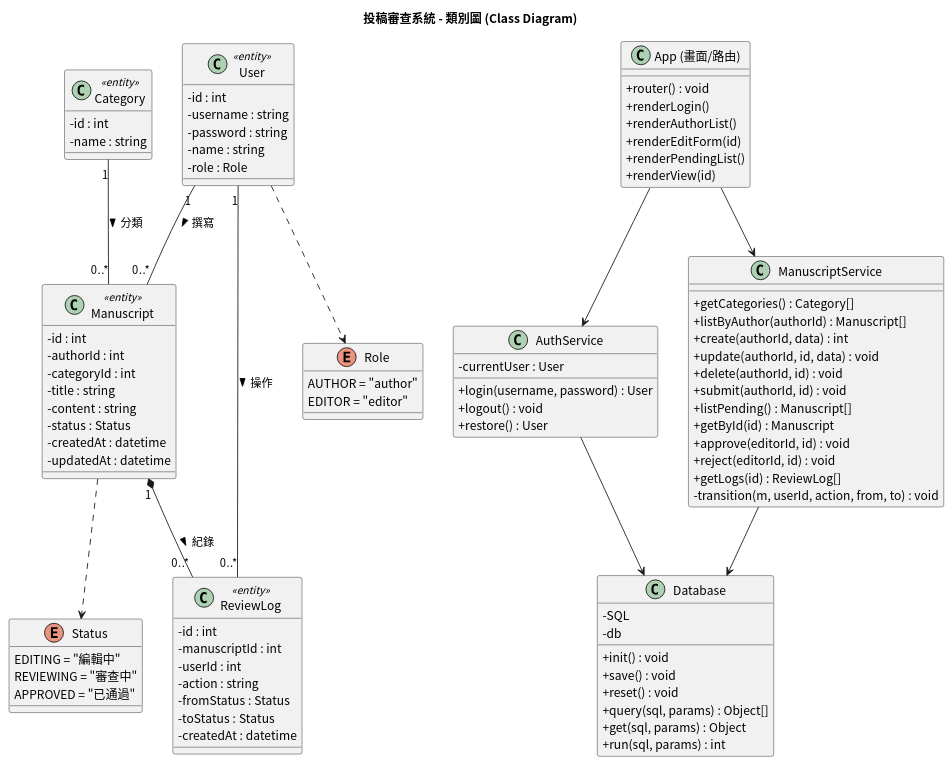
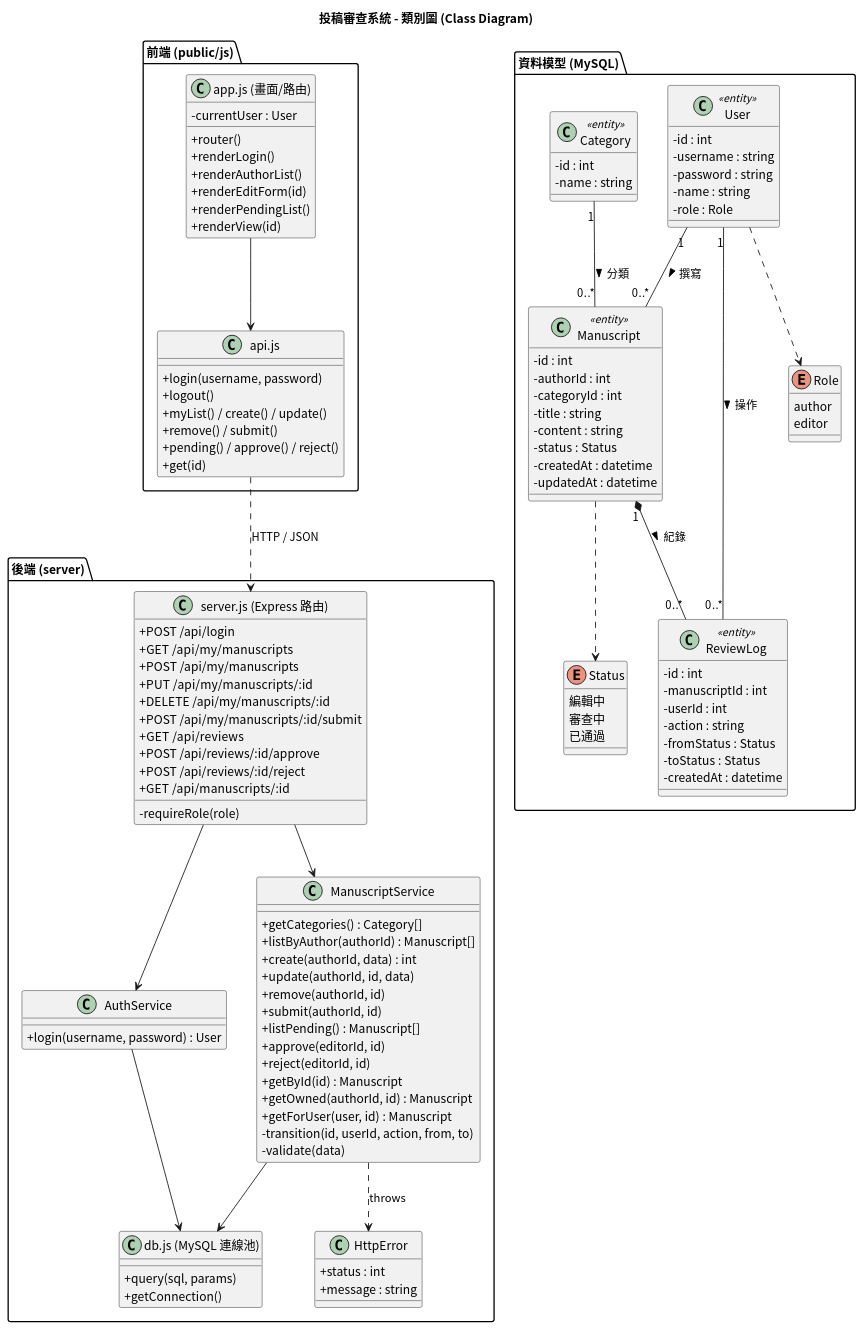
The diagram in docs/uml/02_class_diagram.puml (617-lyx/1151se_mid), drawn with PlantUML before and after one commit. The commit also changed 29 other files, not shown here.

Commit message:
改用 Node.js + Express + MySQL：新增後端 REST API、MySQL schema，更新 UML 圖

```diff
--- a/docs/uml/02_class_diagram.puml
+++ b/docs/uml/02_class_diagram.puml
@@ -1,98 +1,126 @@
 @startuml 02_class_diagram
 skinparam defaultFontName "Noto Sans CJK TC"
 skinparam shadowing false
 skinparam backgroundColor white
 title 投稿審查系統 - 類別圖 (Class Diagram)
 skinparam classAttributeIconSize 0
 
-enum Role {
-  AUTHOR = "author"
-  EDITOR = "editor"
-}
-enum Status {
-  EDITING = "編輯中"
-  REVIEWING = "審查中"
-  APPROVED = "已通過"
+package "前端 (public/js)" {
+  class "app.js (畫面/路由)" as App {
+    - currentUser : User
+    + router()
+    + renderLogin()
+    + renderAuthorList()
+    + renderEditForm(id)
+    + renderPendingList()
+    + renderView(id)
+  }
+  class "api.js" as Api {
+    + login(username, password)
+    + logout()
+    + myList() / create() / update()
+    + remove() / submit()
+    + pending() / approve() / reject()
+    + get(id)
+  }
 }
 
-class User <<entity>> {
-  - id : int
-  - username : string
-  - password : string
-  - name : string
-  - role : Role
-}
-class Category <<entity>> {
-  - id : int
-  - name : string
-}
-class Manuscript <<entity>> {
-  - id : int
-  - authorId : int
-  - categoryId : int
-  - title : string
-  - content : string
-  - status : Status
-  - createdAt : datetime
-  - updatedAt : datetime
-}
-class ReviewLog <<entity>> {
-  - id : int
-  - manuscriptId : int
-  - userId : int
-  - action : string
-  - fromStatus : Status
-  - toStatus : Status
-  - createdAt : datetime
+package "後端 (server)" {
+  class "server.js (Express 路由)" as Server {
+    + POST /api/login
+    + GET  /api/my/manuscripts
+    + POST /api/my/manuscripts
+    + PUT  /api/my/manuscripts/:id
+    + DELETE /api/my/manuscripts/:id
+    + POST /api/my/manuscripts/:id/submit
+    + GET  /api/reviews
+    + POST /api/reviews/:id/approve
+    + POST /api/reviews/:id/reject
+    + GET  /api/manuscripts/:id
+    - requireRole(role)
+  }
+  class AuthService {
+    + login(username, password) : User
+  }
+  class ManuscriptService {
+    + getCategories() : Category[]
+    + listByAuthor(authorId) : Manuscript[]
+    + create(authorId, data) : int
+    + update(authorId, id, data)
+    + remove(authorId, id)
+    + submit(authorId, id)
+    + listPending() : Manuscript[]
+    + approve(editorId, id)
+    + reject(editorId, id)
+    + getById(id) : Manuscript
+    + getOwned(authorId, id) : Manuscript
+    + getForUser(user, id) : Manuscript
+    - transition(id, userId, action, from, to)
+    - validate(data)
+  }
+  class HttpError {
+    + status : int
+    + message : string
+  }
+  class "db.js (MySQL 連線池)" as Pool {
+    + query(sql, params)
+    + getConnection()
+  }
 }
 
-class Database {
-  - SQL
-  - db
-  + init() : void
-  + save() : void
-  + reset() : void
-  + query(sql, params) : Object[]
-  + get(sql, params) : Object
-  + run(sql, params) : int
-}
-class AuthService {
-  - currentUser : User
-  + login(username, password) : User
-  + logout() : void
-  + restore() : User
-}
-class ManuscriptService {
-  + getCategories() : Category[]
-  + listByAuthor(authorId) : Manuscript[]
-  + create(authorId, data) : int
-  + update(authorId, id, data) : void
-  + delete(authorId, id) : void
-  + submit(authorId, id) : void
-  + listPending() : Manuscript[]
-  + getById(id) : Manuscript
-  + approve(editorId, id) : void
-  + reject(editorId, id) : void
-  + getLogs(id) : ReviewLog[]
-  - transition(m, userId, action, from, to) : void
-}
-class "App (畫面/路由)" as App {
-  + router() : void
-  + renderLogin()
-  + renderAuthorList()
-  + renderEditForm(id)
-  + renderPendingList()
-  + renderView(id)
+package "資料模型 (MySQL)" {
+  enum Role {
+    author
+    editor
+  }
+  enum Status {
+    編輯中
+    審查中
+    已通過
+  }
+  class User <<entity>> {
+    - id : int
+    - username : string
+    - password : string
+    - name : string
+    - role : Role
+  }
+  class Category <<entity>> {
+    - id : int
+    - name : string
+  }
+  class Manuscript <<entity>> {
+    - id : int
+    - authorId : int
+    - categoryId : int
+    - title : string
+    - content : string
+    - status : Status
+    - createdAt : datetime
+    - updatedAt : datetime
+  }
+  class ReviewLog <<entity>> {
+    - id : int
+    - manuscriptId : int
+    - userId : int
+    - action : string
+    - fromStatus : Status
+    - toStatus : Status
+    - createdAt : datetime
+  }
 }
 
-App --> AuthService
-App --> ManuscriptService
-AuthService --> Database
-ManuscriptService --> Database
+App --> Api
+Api ..> Server : HTTP / JSON
+Server --> AuthService
+Server --> ManuscriptService
+AuthService --> Pool
+ManuscriptService --> Pool
+ManuscriptService ..> HttpError : throws
 User "1" -- "0..*" Manuscript : 撰寫 >
 Category "1" -- "0..*" Manuscript : 分類 >
 Manuscript "1" *-- "0..*" ReviewLog : 紀錄 >
 User "1" -- "0..*" ReviewLog : 操作 >
 User ..> Role
 Manuscript ..> Status
 @enduml
```
